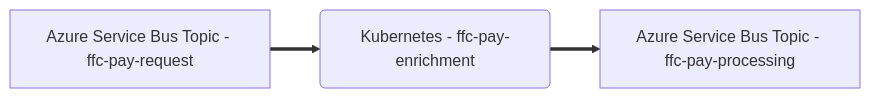
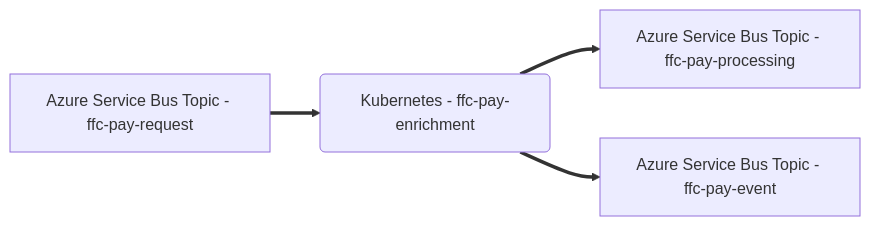
Before and after one commit to DEFRA/ffc-pay-enrichment: the diagram in README.md, drawn with Mermaid. The commit also changed other lines of this file and 1 other file, not shown here.

Commit message:
added output and placeholder event messages in asyncapi

````diff
--- a/README.md
+++ b/README.md
@@ -7,8 +7,10 @@
 ```mermaid
 flowchart LR
 ffc-pay-enrichment(Kubernetes - ffc-pay-enrichment)
 topic-request[Azure Service Bus Topic - ffc-pay-request]
 topic-processing[Azure Service Bus Topic - ffc-pay-processing]
+topic-event[Azure Service Bus Topic - ffc-pay-event]
 topic-request ==> ffc-pay-enrichment
 ffc-pay-enrichment ==> topic-processing
+ffc-pay-enrichment ==> topic-event
 ```
````
